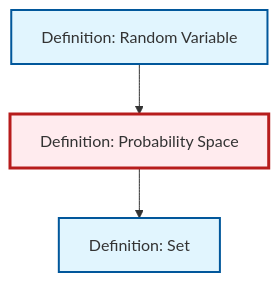
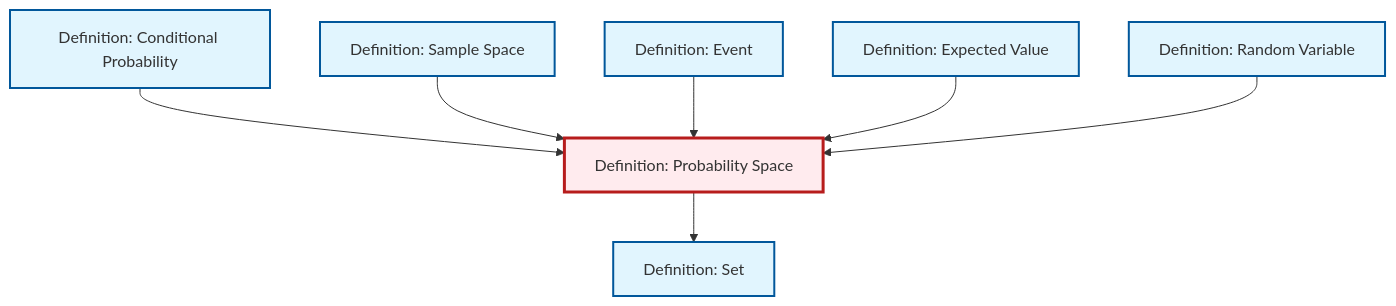
One commit to RK0429/ModernMath changed the diagram in content/en/probability-statistics/def-probability-space.qmd. Above: the diagram before and after it, drawn with Mermaid. The commit also changed other lines of this file and 203 other files, not shown here.

````diff
--- a/content/en/probability-statistics/def-probability-space.qmd
+++ b/content/en/probability-statistics/def-probability-space.qmd
@@ -46,18 +46,23 @@
 ```{mermaid}
 %%| fig-cap: "Local dependency graph"
 graph TD
     classDef definition fill:#e1f5fe,stroke:#01579b,stroke-width:2px
     classDef theorem fill:#f3e5f5,stroke:#4a148c,stroke-width:2px
     classDef axiom fill:#fff3e0,stroke:#e65100,stroke-width:2px
     classDef example fill:#e8f5e9,stroke:#1b5e20,stroke-width:2px
     classDef current fill:#ffebee,stroke:#b71c1c,stroke-width:3px
+    def-expectation["Definition: Expected Value"]:::definition
+    def-event["Definition: Event"]:::definition
+    def-set["Definition: Set"]:::definition
+    def-sample-space["Definition: Sample Space"]:::definition
     def-random-variable["Definition: Random Variable"]:::definition
+    def-conditional-probability["Definition: Conditional Probability"]:::definition
     def-probability-space["Definition: Probability Space"]:::definition
-    def-set["Definition: Set"]:::definition
+    def-probability-space --> def-set
+    def-conditional-probability --> def-probability-space
+    def-sample-space --> def-probability-space
+    def-event --> def-probability-space
+    def-expectation --> def-probability-space
     def-random-variable --> def-probability-space
-    def-probability-space --> def-set
     class def-probability-space current
-
-    click def-random-variable "def-random-variable.html" "Go to Random Variable definition"
-    click def-set "def-set.html" "Go to Set definition"
 ```
````
